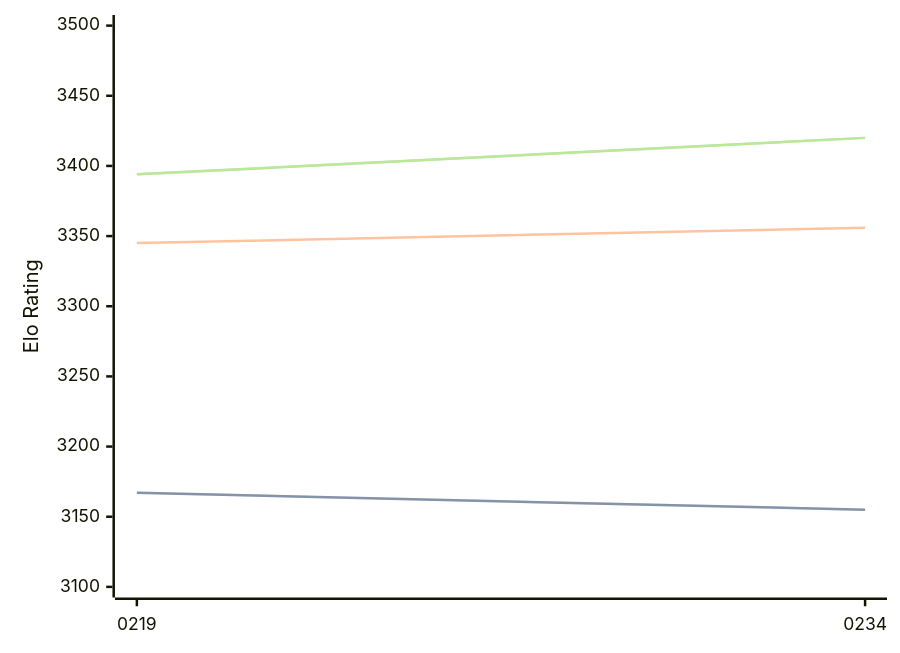
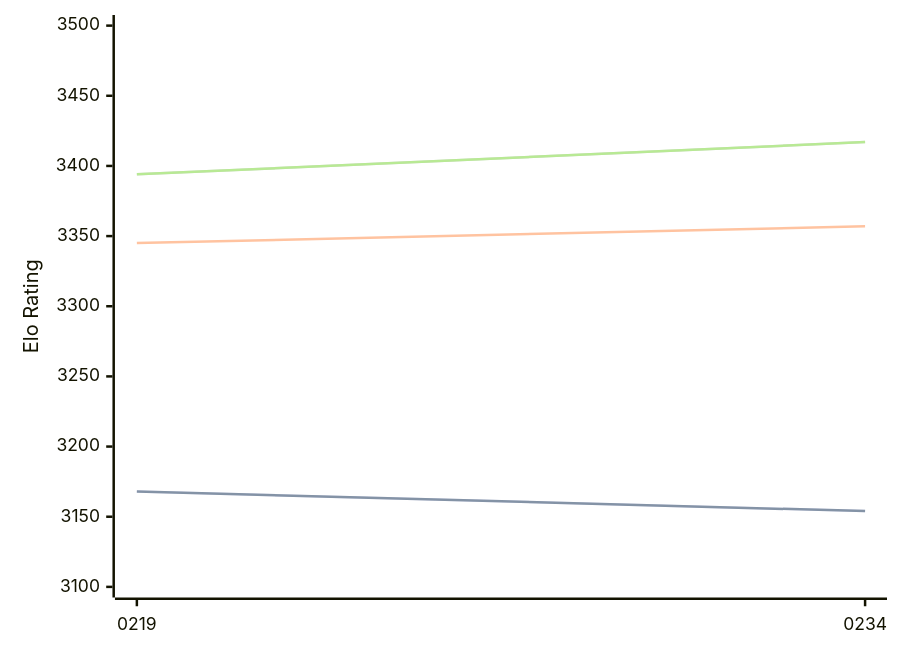
One commit to computer-chess-index/cci changed the diagram in engines/Ynode.md. Above: the diagram before and after it, drawn with Mermaid. The commit also changed other lines of this file, not shown here.

Commit message:
Update CCI Ratings (ELO VLTC) - 2026-04-03

````diff
--- a/engines/Ynode.md
+++ b/engines/Ynode.md
@@ -39,11 +39,11 @@
 ```mermaid
 %%{init: {"theme":"base","themeVariables":{"seriesColors:['#a3a3a3','#222221','#faa371']}}}%%
 xychart-beta
   x-axis ["0219", "0234"]
   y-axis "Elo Rating" 3100 --> 3500
-  line "STC (8.0+0.08s)" [3167, 3155]
-  line "STC (8.0+0.08s)" [3167, 3155]
-  line "LTC (60.0+0.60s)" [3345, 3356]
-  line "VLTC (2m24s+1.12s)" [3394, 3420]
-  line "VLTC (2m24s+1.12s)" [3394, 3420]
+  line "STC (8.0+0.08s)" [3168, 3154]
+  line "STC (8.0+0.08s)" [3168, 3154]
+  line "LTC (60.0+0.60s)" [3345, 3357]
+  line "VLTC (2m24s+1.12s)" [3394, 3417]
+  line "VLTC (2m24s+1.12s)" [3394, 3417]
 ```
````
